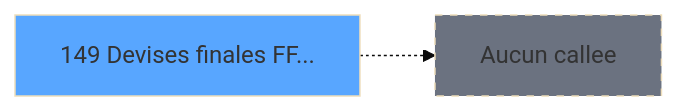
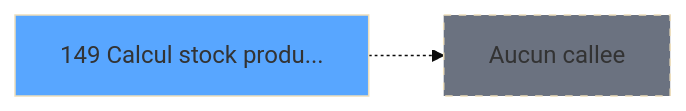
Before and after one commit to thonyAGP/lecteur-magic: the third of 3 diagrams in .openspec/specs/ADH-IDE-149.md, drawn with Mermaid (base theme). The commit also changed other lines of this file and 493 other files, not shown here.

````diff
--- a/.openspec/specs/ADH-IDE-149.md
+++ b/.openspec/specs/ADH-IDE-149.md
@@ -168,8 +337,8 @@
 ```mermaid
 graph LR
-    T149[149 Devises finales FF...]
+    T149[149 Calcul stock produ...]
     style T149 fill:#58a6ff
     NONE[Aucun callee]
     T149 -.-> NONE
     style NONE fill:#6b7280,stroke-dasharray: 5 5
 ```
````
